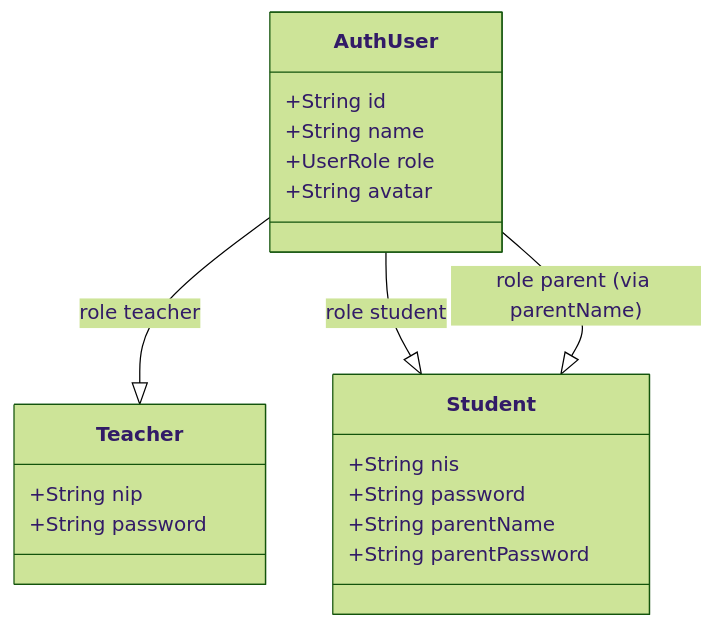
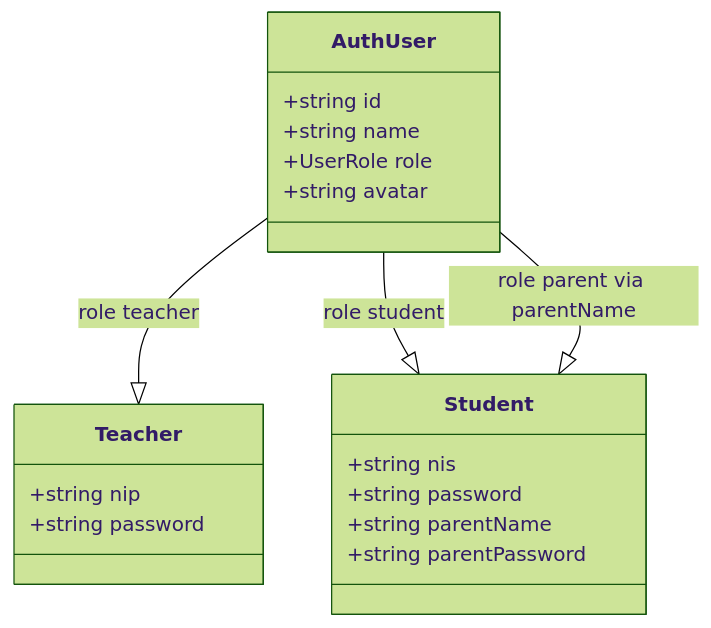
The eighth of 24 diagrams in README.md (Delta-Polder-Indonesia/siakad-sekolah), drawn with Mermaid (forest theme) before and after one commit. The commit also changed other lines of this file and 13 other files, not shown here.

````diff
--- a/README.md
+++ b/README.md
@@ -548,25 +548,25 @@
 ```mermaid
 classDiagram
     class AuthUser {
-        +String id
-        +String name
+        +string id
+        +string name
         +UserRole role
-        +String avatar
+        +string avatar
     }
 
     class Teacher {
-        +String nip
-        +String password
+        +string nip
+        +string password
     }
 
     class Student {
-        +String nis
-        +String password
-        +String parentName
-        +String parentPassword
+        +string nis
+        +string password
+        +string parentName
+        +string parentPassword
     }
 
     AuthUser --|> Teacher : role teacher
     AuthUser --|> Student : role student
-    AuthUser --|> Student : role parent (via parentName)
+    AuthUser --|> Student : role parent via parentName
 ```
````
